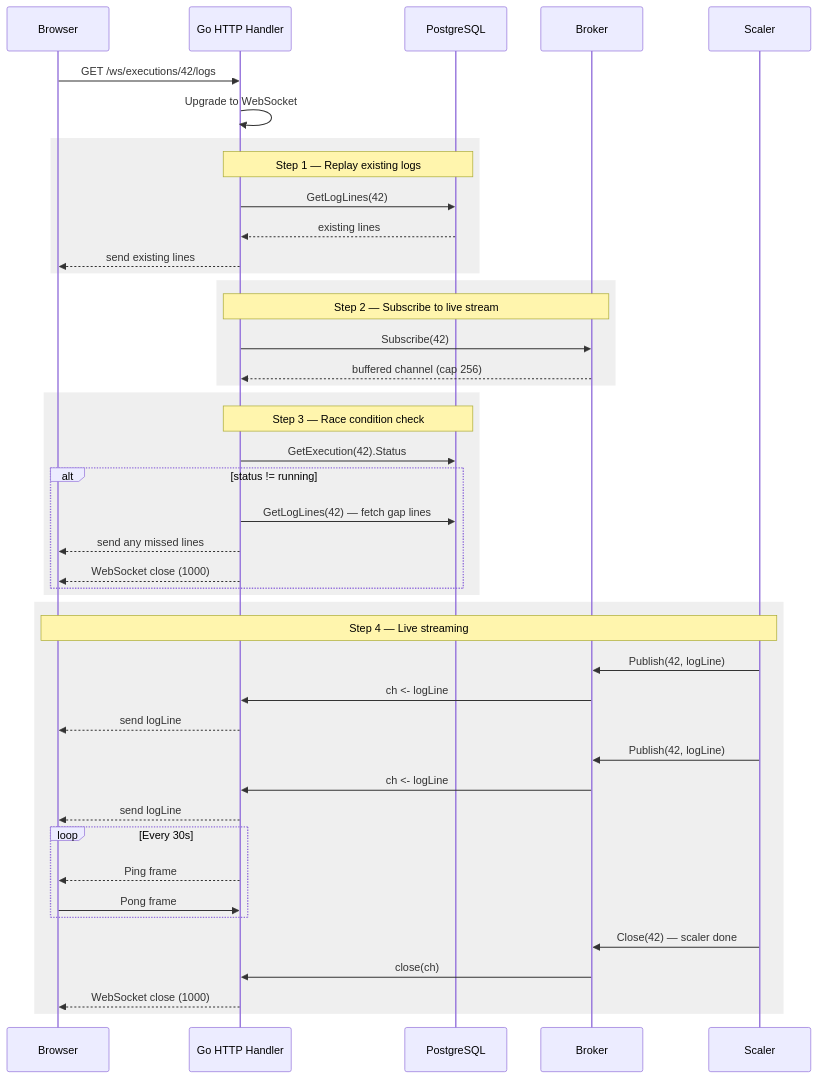
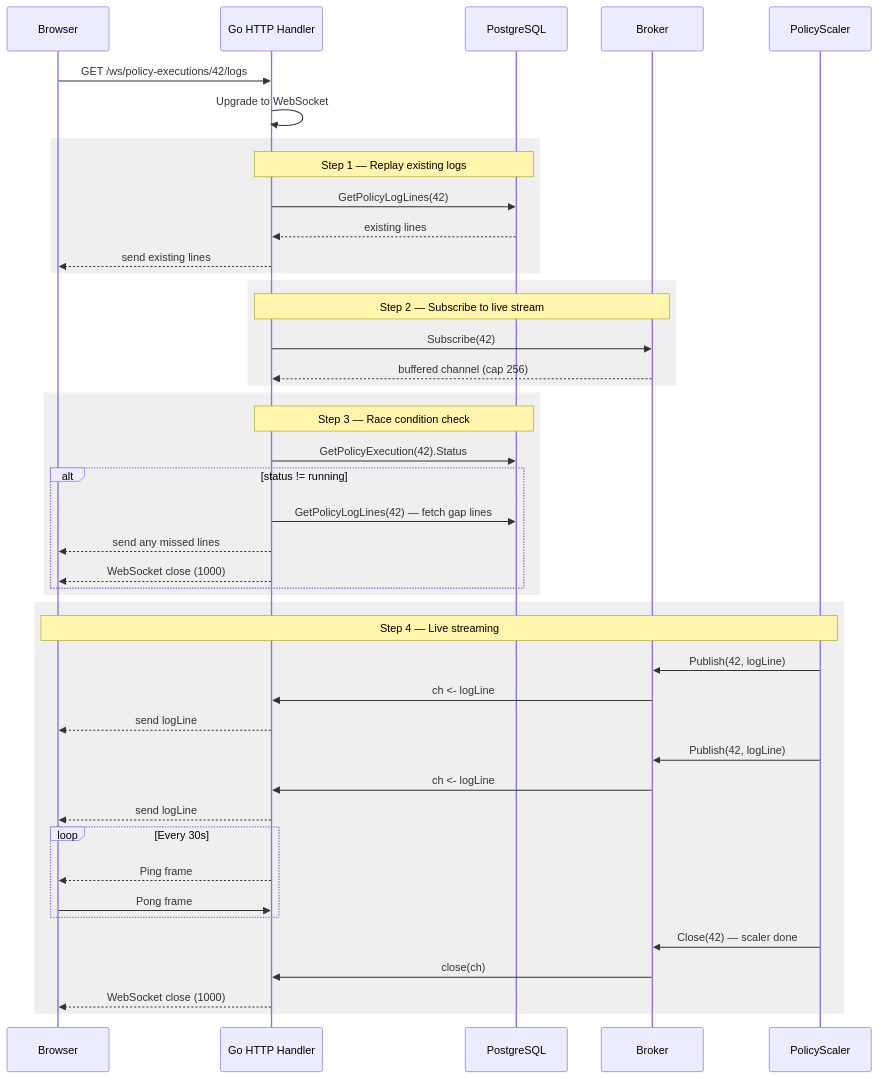
One commit to MacXsimilian/kube-phoenix changed the fourth of 9 diagrams in ARCHITECTURE.md. Above: the diagram before and after it, drawn with Mermaid. The commit also changed other lines of this file and 6 other files, not shown here.

````diff
--- a/ARCHITECTURE.md
+++ b/ARCHITECTURE.md
@@ -2071,54 +1757,54 @@
 ```mermaid
 sequenceDiagram
     participant B as Browser
     participant H as Go HTTP Handler
     participant DB as PostgreSQL
     participant Br as Broker
-    participant S as Scaler
+    participant S as PolicyScaler
 
-    B->>H: GET /ws/executions/42/logs
+    B->>H: GET /ws/policy-executions/42/logs
     H->>H: Upgrade to WebSocket
 
     rect rgba(100, 100, 100, 0.1)
         Note over H,DB: Step 1 — Replay existing logs
-        H->>DB: GetLogLines(42)
+        H->>DB: GetPolicyLogLines(42)
         DB-->>H: existing lines
         H-->>B: send existing lines
     end
 
     rect rgba(100, 100, 100, 0.1)
         Note over H,Br: Step 2 — Subscribe to live stream
         H->>Br: Subscribe(42)
         Br-->>H: buffered channel (cap 256)
     end
 
     rect rgba(100, 100, 100, 0.1)
         Note over H,DB: Step 3 — Race condition check
-        H->>DB: GetExecution(42).Status
+        H->>DB: GetPolicyExecution(42).Status
         alt status != running
-            H->>DB: GetLogLines(42) — fetch gap lines
+            H->>DB: GetPolicyLogLines(42) — fetch gap lines
             H-->>B: send any missed lines
             H-->>B: WebSocket close (1000)
         end
     end
 
     rect rgba(100, 100, 100, 0.1)
         Note over B,S: Step 4 — Live streaming
         S->>Br: Publish(42, logLine)
         Br->>H: ch <- logLine
         H-->>B: send logLine
 
         S->>Br: Publish(42, logLine)
         Br->>H: ch <- logLine
         H-->>B: send logLine
 
         loop Every 30s
             H-->>B: Ping frame
             B->>H: Pong frame
         end
 
         S->>Br: Close(42) — scaler done
         Br->>H: close(ch)
         H-->>B: WebSocket close (1000)
     end
 ```
````
